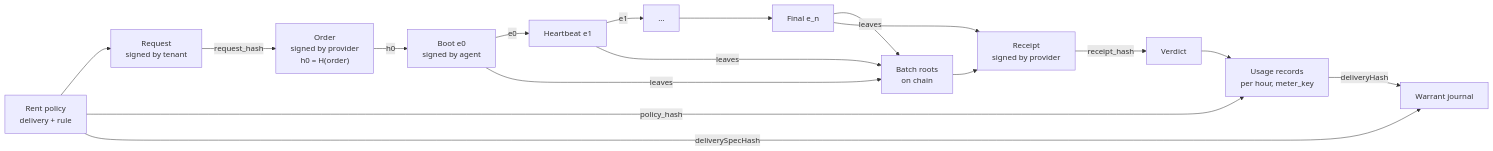
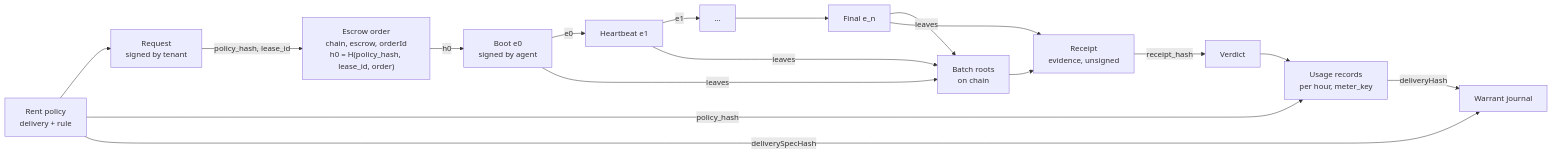
Before and after one commit to mnemonik-xyz/pocc: the fourth of 4 diagrams in docs/architecture.md, drawn with Mermaid. The commit also changed other lines of this file and 19 other files, not shown here.

````diff
--- a/docs/architecture.md
+++ b/docs/architecture.md
@@ -158,17 +159,17 @@
 ```mermaid
 flowchart LR
     POL["Rent policy<br/>delivery + rule"] --> REQ["Request<br/>signed by tenant"]
-    REQ -->|"request_hash"| ORD["Order<br/>signed by provider<br/>h0 = H(order)"]
+    REQ -->|"policy_hash, lease_id"| ORD["Escrow order<br/>chain, escrow, orderId<br/>h0 = H(policy_hash, lease_id, order)"]
     ORD -->|"h0"| E0["Boot e0<br/>signed by agent"]
     E0 -->|"e0"| E1["Heartbeat e1"]
     E1 -->|"e1"| E2["…"]
     E2 --> EN["Final e_n"]
     E0 & E1 & EN -->|"leaves"| ROOT["Batch roots<br/>on chain"]
-    EN --> RCP["Receipt<br/>signed by provider"]
+    EN --> RCP["Receipt<br/>evidence, unsigned"]
     ROOT --> RCP
     RCP -->|"receipt_hash"| VER["Verdict"]
     VER --> UR["Usage records<br/>per hour, meter_key"]
     POL -->|"policy_hash"| UR
     UR -->|"deliveryHash"| J["Warrant journal"]
     POL -->|"deliverySpecHash"| J
 ```
````
